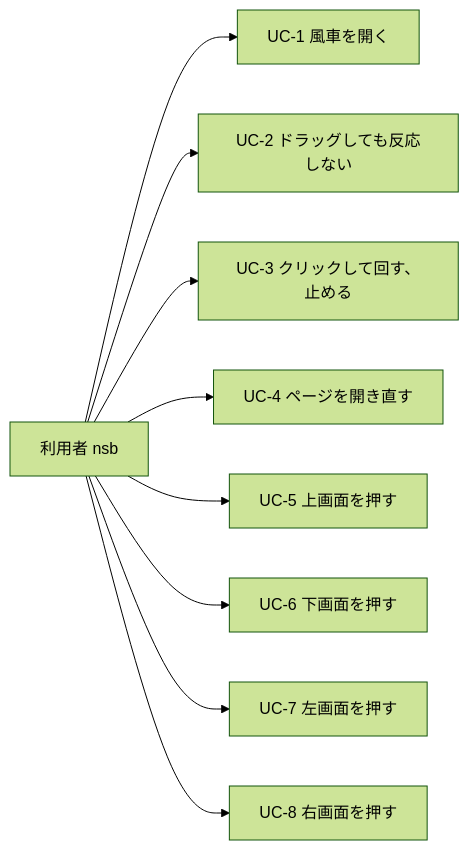
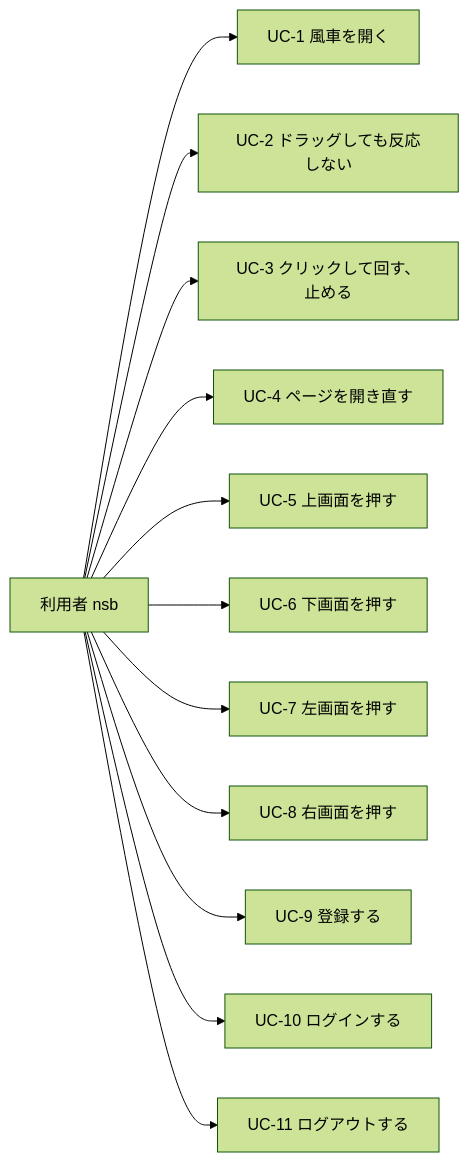
One commit to pfgnsb/hand-spinner changed the first of 12 diagrams in spinner/ドキュメント/ユースケース.md. Above: the diagram before and after it, drawn with Mermaid (forest theme). The commit also changed other lines of this file and 20 other files, not shown here.

````diff
--- a/spinner/ドキュメント/ユースケース.md
+++ b/spinner/ドキュメント/ユースケース.md
@@ -30,12 +30,15 @@
 ```mermaid
 flowchart LR
   user[利用者 nsb]
   user --> uc1[UC-1 風車を開く]
   user --> uc2[UC-2 ドラッグしても反応しない]
   user --> uc3[UC-3 クリックして回す、止める]
   user --> uc4[UC-4 ページを開き直す]
   user --> uc5[UC-5 上画面を押す]
   user --> uc6[UC-6 下画面を押す]
   user --> uc7[UC-7 左画面を押す]
   user --> uc8[UC-8 右画面を押す]
+  user --> uc9[UC-9 登録する]
+  user --> uc10[UC-10 ログインする]
+  user --> uc11[UC-11 ログアウトする]
 ```
````
